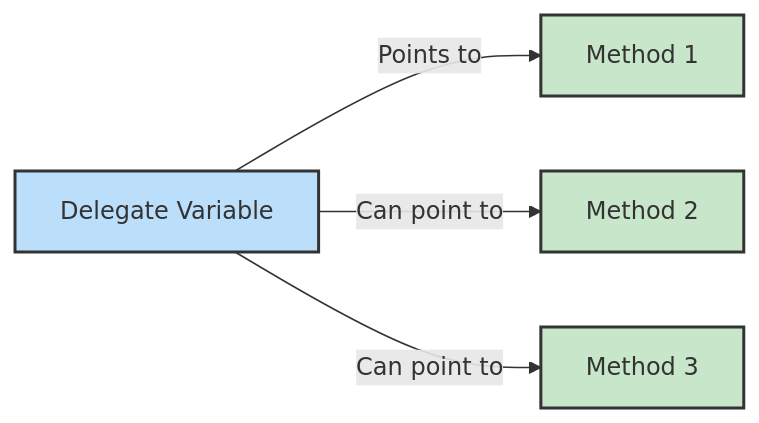
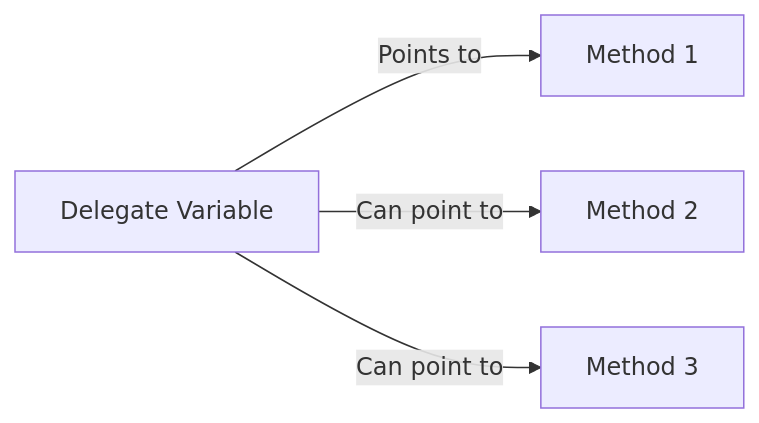
Before and after one commit to NguyenPhamCode4You/ai-home-lab-docker-compose: the first of 10 diagrams in C# fundamentals/day03-delegates-events.md, drawn with Mermaid. The commit also changed other lines of this file, not shown here.

````diff
--- a/C# fundamentals/day03-delegates-events.md
+++ b/C# fundamentals/day03-delegates-events.md
@@ -21,11 +21,6 @@
 ```mermaid
 graph LR
     A[Delegate Variable] -->|Points to| B[Method 1]
     A -->|Can point to| C[Method 2]
     A -->|Can point to| D[Method 3]
-
-    style A fill:#bbdefb,stroke:#333,stroke-width:2px
-    style B fill:#c8e6c9,stroke:#333,stroke-width:2px
-    style C fill:#c8e6c9,stroke:#333,stroke-width:2px
-    style D fill:#c8e6c9,stroke:#333,stroke-width:2px
 ```
````
